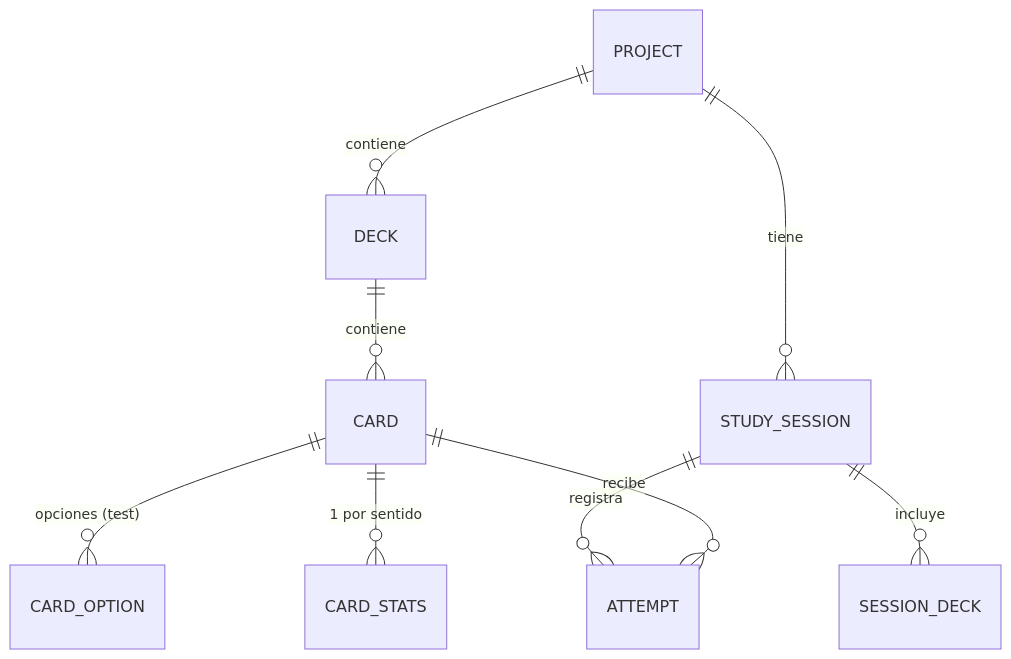
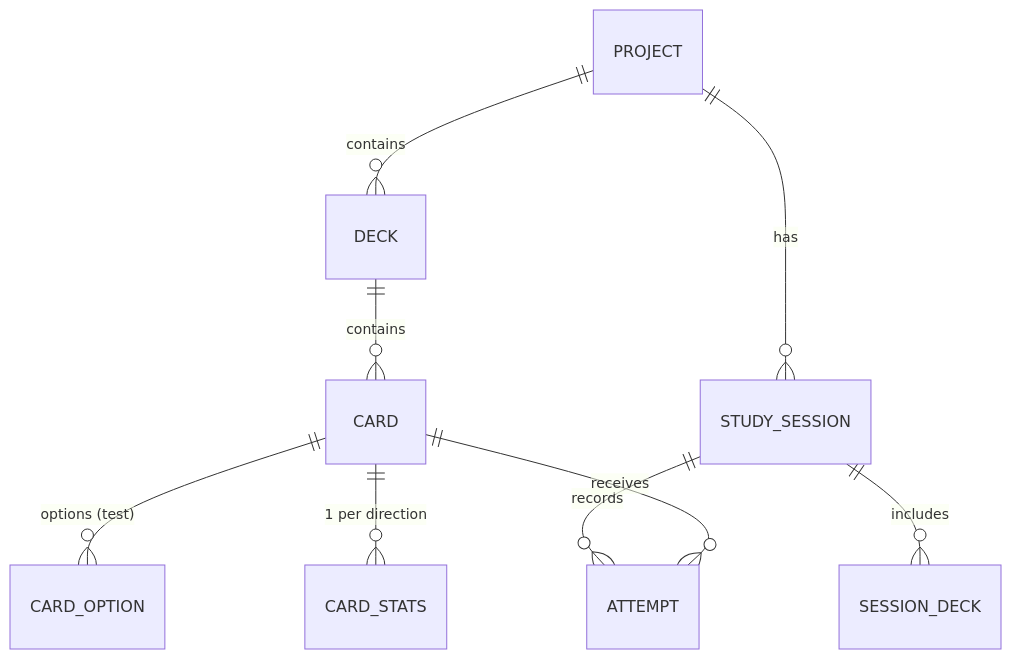
Before and after one commit to ivanalonsoe/EstudiCards: the first of 2 diagrams in docs/SPEC.md, drawn with Mermaid. The commit also changed other lines of this file and 60 other files, not shown here.

````diff
--- a/docs/SPEC.md
+++ b/docs/SPEC.md
@@ -159,11 +202,11 @@
 ```mermaid
 erDiagram
-    PROJECT ||--o{ DECK : contiene
-    DECK ||--o{ CARD : contiene
-    CARD ||--o{ CARD_OPTION : "opciones (test)"
-    CARD ||--o{ CARD_STATS : "1 por sentido"
-    PROJECT ||--o{ STUDY_SESSION : tiene
-    STUDY_SESSION ||--o{ SESSION_DECK : incluye
-    STUDY_SESSION ||--o{ ATTEMPT : registra
-    CARD ||--o{ ATTEMPT : recibe
+    PROJECT ||--o{ DECK : contains
+    DECK ||--o{ CARD : contains
+    CARD ||--o{ CARD_OPTION : "options (test)"
+    CARD ||--o{ CARD_STATS : "1 per direction"
+    PROJECT ||--o{ STUDY_SESSION : has
+    STUDY_SESSION ||--o{ SESSION_DECK : includes
+    STUDY_SESSION ||--o{ ATTEMPT : records
+    CARD ||--o{ ATTEMPT : receives
 ```
````
